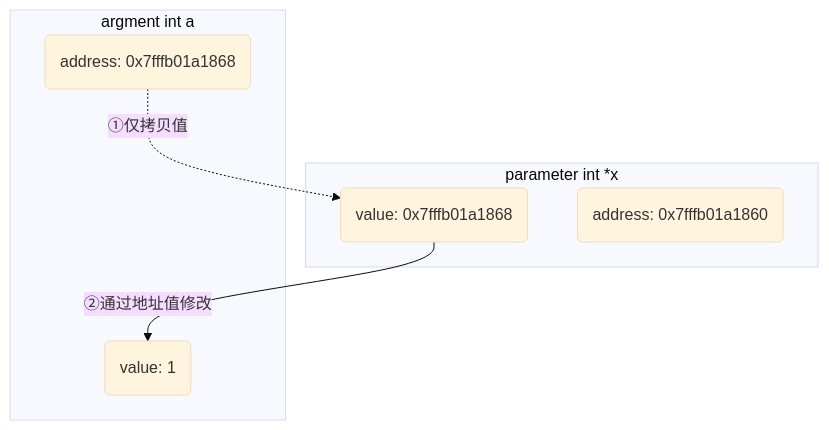
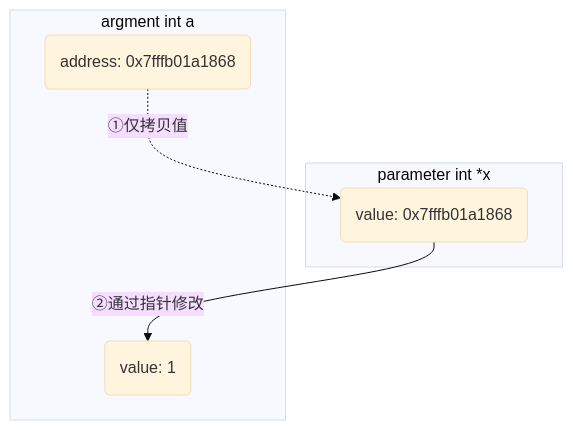
One commit to dmjcb/dmjcb.github.io changed the second of 3 diagrams in _posts/c_c++/2024-12-23-函数.md. Above: the diagram before and after it, drawn with Mermaid (base theme). The commit also changed other lines of this file and 16 other files, not shown here.

````diff
--- a/_posts/c_c++/2024-12-23-函数.md
+++ b/_posts/c_c++/2024-12-23-函数.md
@@ -214,15 +210,14 @@
 ```mermaid
 graph TB;
     subgraph parameter int *x
         V3(value: 0x7fffb01a1868)
-        V4(address: 0x7fffb01a1860)
     end
 
     subgraph argment int a
+        V2(address: 0x7fffb01a1868)
         V1(value: 1)
-        V2(address: 0x7fffb01a1868)
     end
 
     V2-.①仅拷贝值.->V3
-    V3--②通过地址值修改-->V1
+    V3--②通过指针修改-->V1
 ```
````
